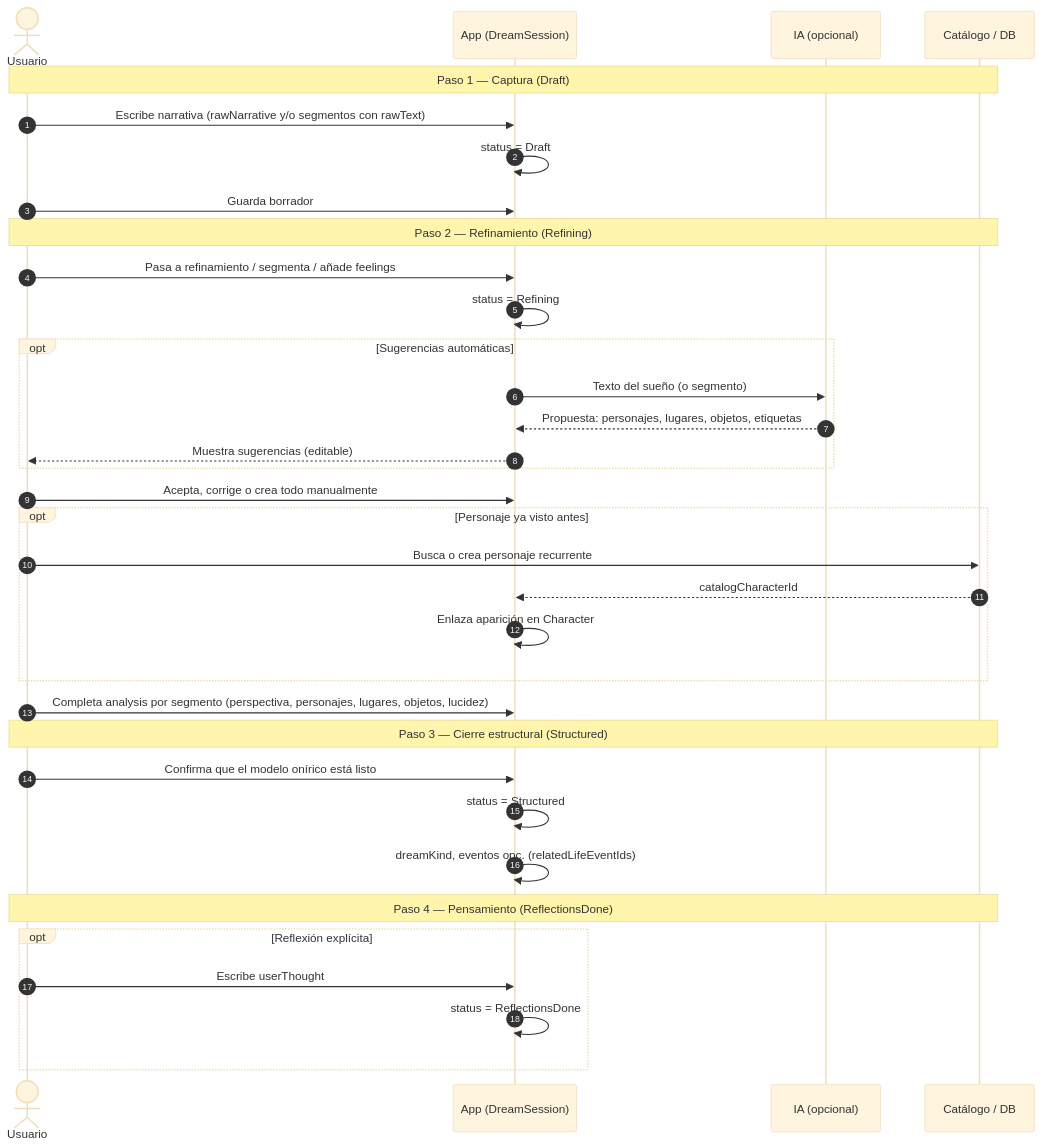
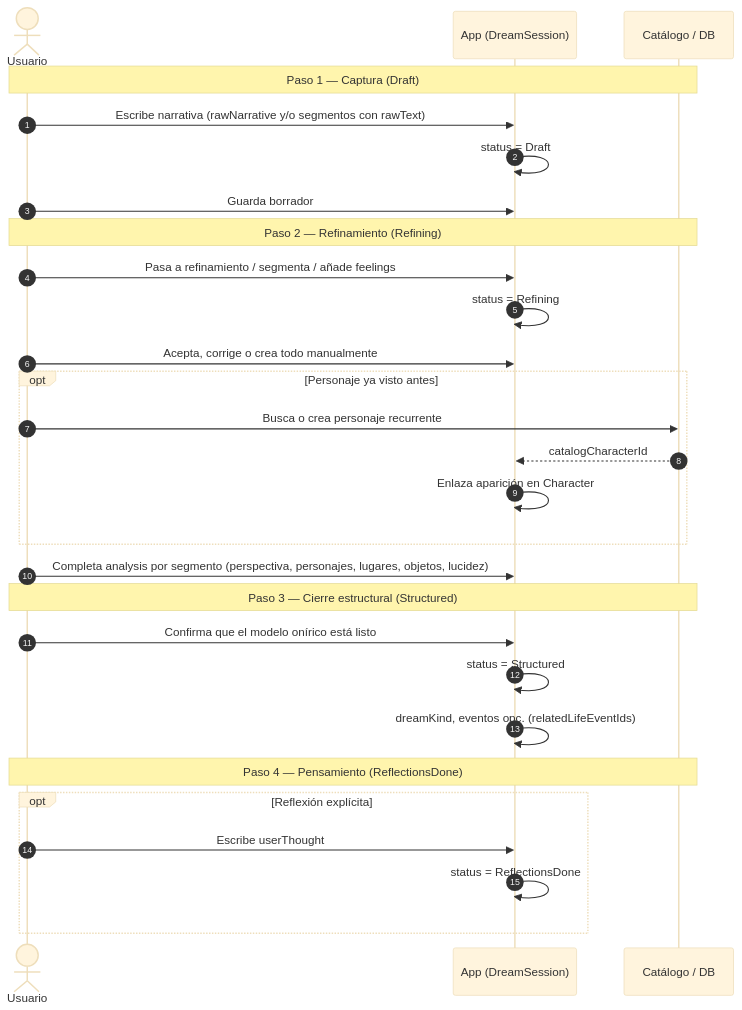
The diagram in docs/dream-workflow-sequence.md (alexandernovadev/dreamai_mobile), drawn with Mermaid (base theme) before and after one commit. The commit also changed other lines of this file and 7 other files, not shown here.

Commit message:
Add AI suggestions endpoint documentation and backend guide; update dream workflow sequence and types to include catalog references for characters, locations, and objects. Enhance data validation and clarify session management rules.

````diff
--- a/docs/dream-workflow-sequence.md
+++ b/docs/dream-workflow-sequence.md
@@ -5,40 +5,34 @@
 ```mermaid
 sequenceDiagram
     autonumber
     actor U as Usuario
     participant App as App (DreamSession)
-    participant IA as IA (opcional)
     participant Cat as Catálogo / DB
 
     Note over U,Cat: Paso 1 — Captura (Draft)
     U->>App: Escribe narrativa (rawNarrative y/o segmentos con rawText)
     App->>App: status = Draft
     U->>App: Guarda borrador
 
     Note over U,Cat: Paso 2 — Refinamiento (Refining)
     U->>App: Pasa a refinamiento / segmenta / añade feelings
     App->>App: status = Refining
-    opt Sugerencias automáticas
-        App->>IA: Texto del sueño (o segmento)
-        IA-->>App: Propuesta: personajes, lugares, objetos, etiquetas
-        App-->>U: Muestra sugerencias (editable)
-    end
     U->>App: Acepta, corrige o crea todo manualmente
     opt Personaje ya visto antes
         U->>Cat: Busca o crea personaje recurrente
         Cat-->>App: catalogCharacterId
         App->>App: Enlaza aparición en Character
     end
     U->>App: Completa analysis por segmento (perspectiva, personajes, lugares, objetos, lucidez)
 
     Note over U,Cat: Paso 3 — Cierre estructural (Structured)
     U->>App: Confirma que el modelo onírico está listo
     App->>App: status = Structured
     App->>App: dreamKind, eventos opc. (relatedLifeEventIds)
 
     Note over U,Cat: Paso 4 — Pensamiento (ReflectionsDone)
     opt Reflexión explícita
         U->>App: Escribe userThought
         App->>App: status = ReflectionsDone
     end
 ```
````
